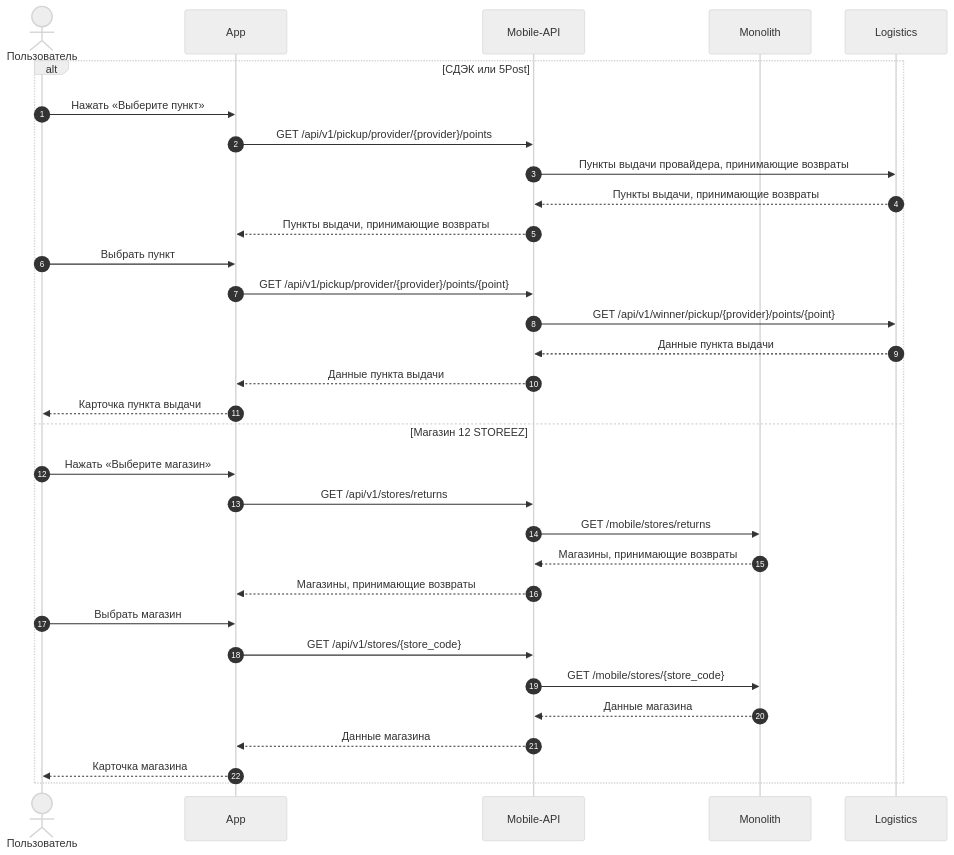
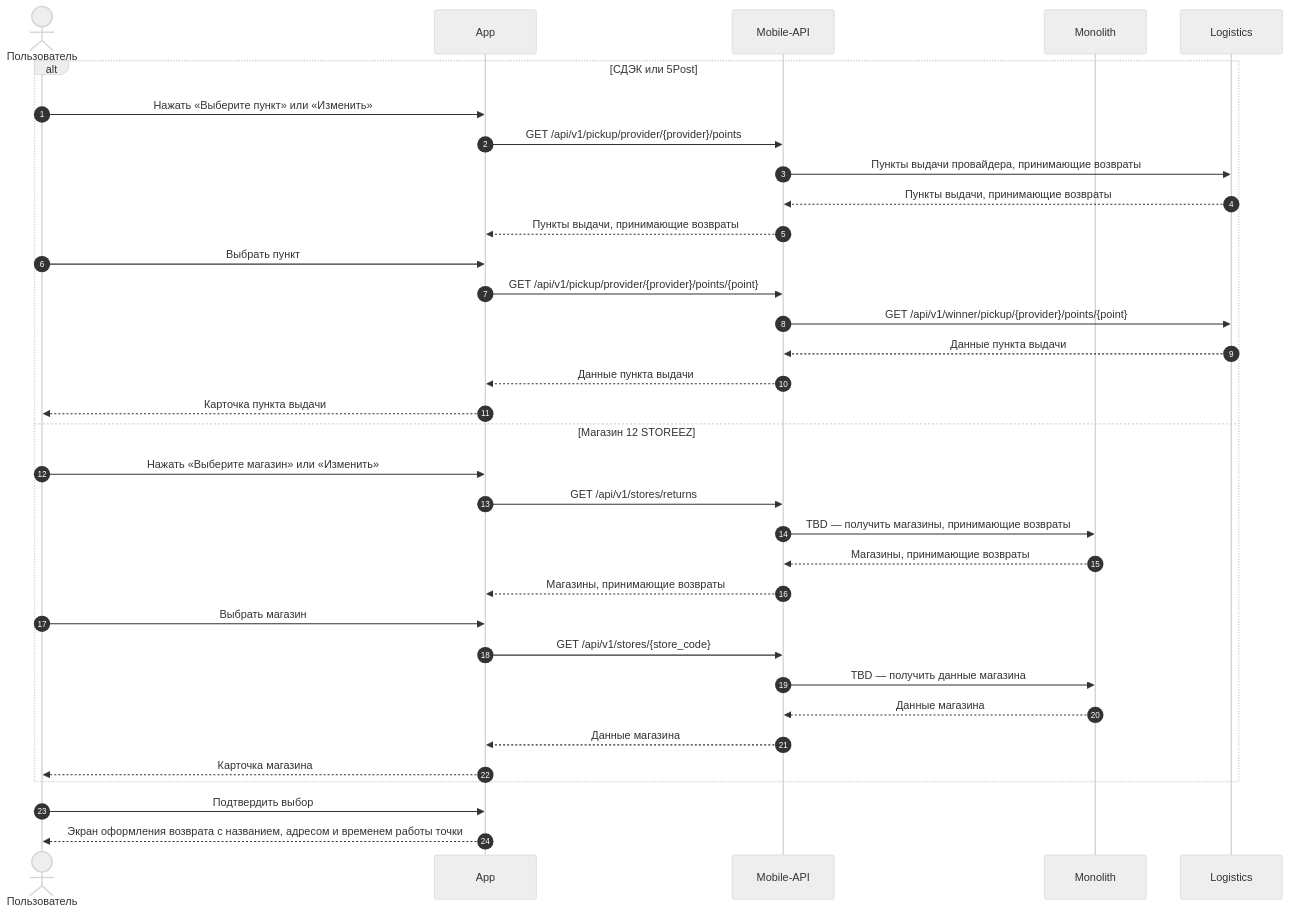
Before and after one commit to Terinss155/opencode-agents-analysis: the eighth of 21 diagrams in projects/returns-2.0/requirements/srs/srs-mobile-mvp.md, drawn with Mermaid (neutral theme). The commit also changed other lines of this file and 4 other files, not shown here.

````diff
--- a/projects/returns-2.0/requirements/srs/srs-mobile-mvp.md
+++ b/projects/returns-2.0/requirements/srs/srs-mobile-mvp.md
@@ -511,35 +533,37 @@
 ```mermaid
 sequenceDiagram
     autonumber
     actor U as Пользователь
     participant APP as App
     participant API as Mobile-API
     participant MON as Monolith
     participant LOG as Logistics
 
     alt СДЭК или 5Post
-        U->>APP: Нажать «Выберите пункт»
+        U->>APP: Нажать «Выберите пункт» или «Изменить»
         APP->>API: GET /api/v1/pickup/provider/{provider}/points
         API->>LOG: Пункты выдачи провайдера, принимающие возвраты
         LOG-->>API: Пункты выдачи, принимающие возвраты
         API-->>APP: Пункты выдачи, принимающие возвраты
         U->>APP: Выбрать пункт
         APP->>API: GET /api/v1/pickup/provider/{provider}/points/{point}
         API->>LOG: GET /api/v1/winner/pickup/{provider}/points/{point}
         LOG-->>API: Данные пункта выдачи
         API-->>APP: Данные пункта выдачи
         APP-->>U: Карточка пункта выдачи
     else Магазин 12 STOREEZ
-        U->>APP: Нажать «Выберите магазин»
+        U->>APP: Нажать «Выберите магазин» или «Изменить»
         APP->>API: GET /api/v1/stores/returns
-        API->>MON: GET /mobile/stores/returns
+        API->>MON: TBD — получить магазины, принимающие возвраты
         MON-->>API: Магазины, принимающие возвраты
         API-->>APP: Магазины, принимающие возвраты
         U->>APP: Выбрать магазин
         APP->>API: GET /api/v1/stores/{store_code}
-        API->>MON: GET /mobile/stores/{store_code}
+        API->>MON: TBD — получить данные магазина
         MON-->>API: Данные магазина
         API-->>APP: Данные магазина
         APP-->>U: Карточка магазина
     end
+    U->>APP: Подтвердить выбор
+    APP-->>U: Экран оформления возврата с названием, адресом и временем работы точки
 ```
````
